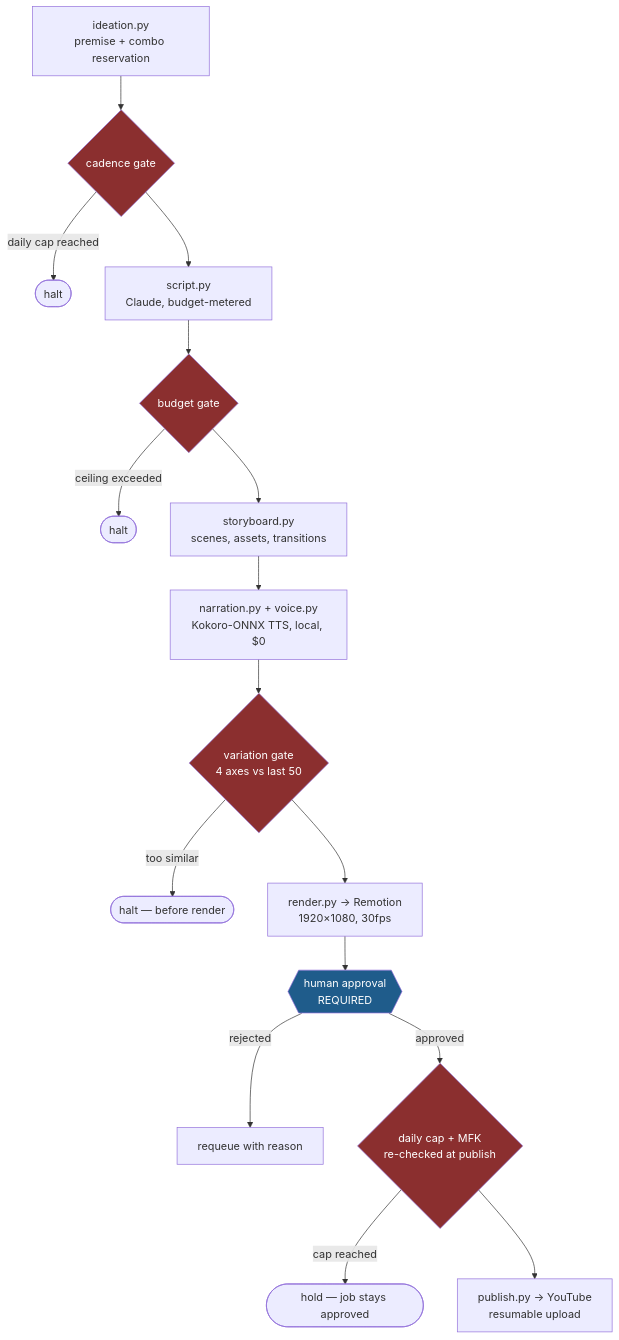
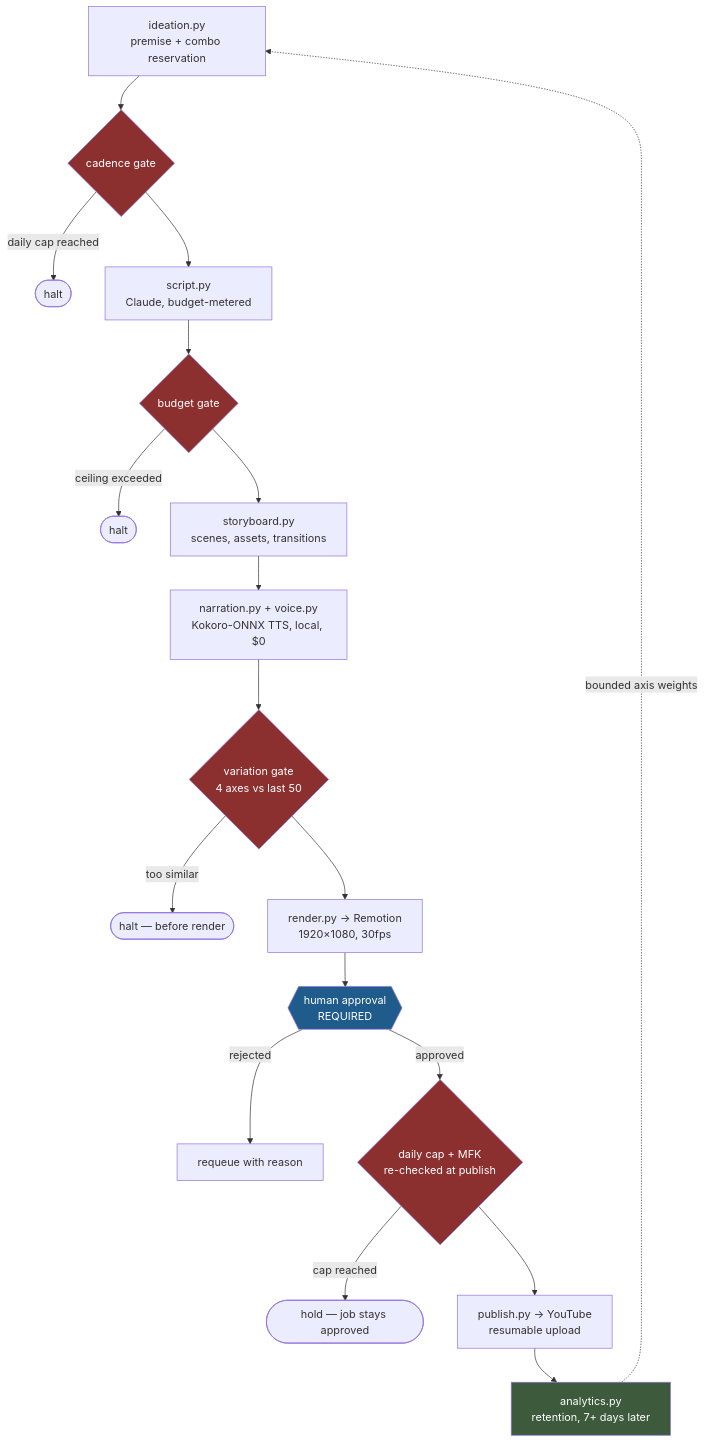
The diagram in README.md (codcreater1/gated-video-pipeline), drawn with Mermaid before and after one commit. The commit also changed other lines of this file and 9 other files, not shown here.

First line of the commit message:
Add core/analytics.py — retention feedback into ideation, deliberately bounded

````diff
--- a/README.md
+++ b/README.md
@@ -47,24 +47,27 @@
 ```mermaid
 flowchart TD
     A[ideation.py<br/>premise + combo reservation] --> B{cadence gate}
     B -->|daily cap reached| STOP1([halt])
     B --> C[script.py<br/>Claude, budget-metered]
     C --> D{budget gate}
     D -->|ceiling exceeded| STOP2([halt])
     D --> E[storyboard.py<br/>scenes, assets, transitions]
     E --> F[narration.py + voice.py<br/>Kokoro-ONNX TTS, local, $0]
     F --> G{variation gate<br/>4 axes vs last 50}
     G -->|too similar| STOP3([halt — before render])
     G --> H[render.py → Remotion<br/>1920×1080, 30fps]
     H --> I{{human approval<br/>REQUIRED}}
     I -->|rejected| K[requeue with reason]
     I -->|approved| L{daily cap + MFK<br/>re-checked at publish}
     L -->|cap reached| STOP4([hold — job stays approved])
     L --> M[publish.py → YouTube<br/>resumable upload]
+    M --> N[analytics.py<br/>retention, 7+ days later]
+    N -.->|bounded axis weights| A
 
+    style N fill:#3d5a3d,color:#fff
     style B fill:#8b2f2f,color:#fff
     style D fill:#8b2f2f,color:#fff
     style G fill:#8b2f2f,color:#fff
     style L fill:#8b2f2f,color:#fff
     style I fill:#1f5c8b,color:#fff
 ```
````
